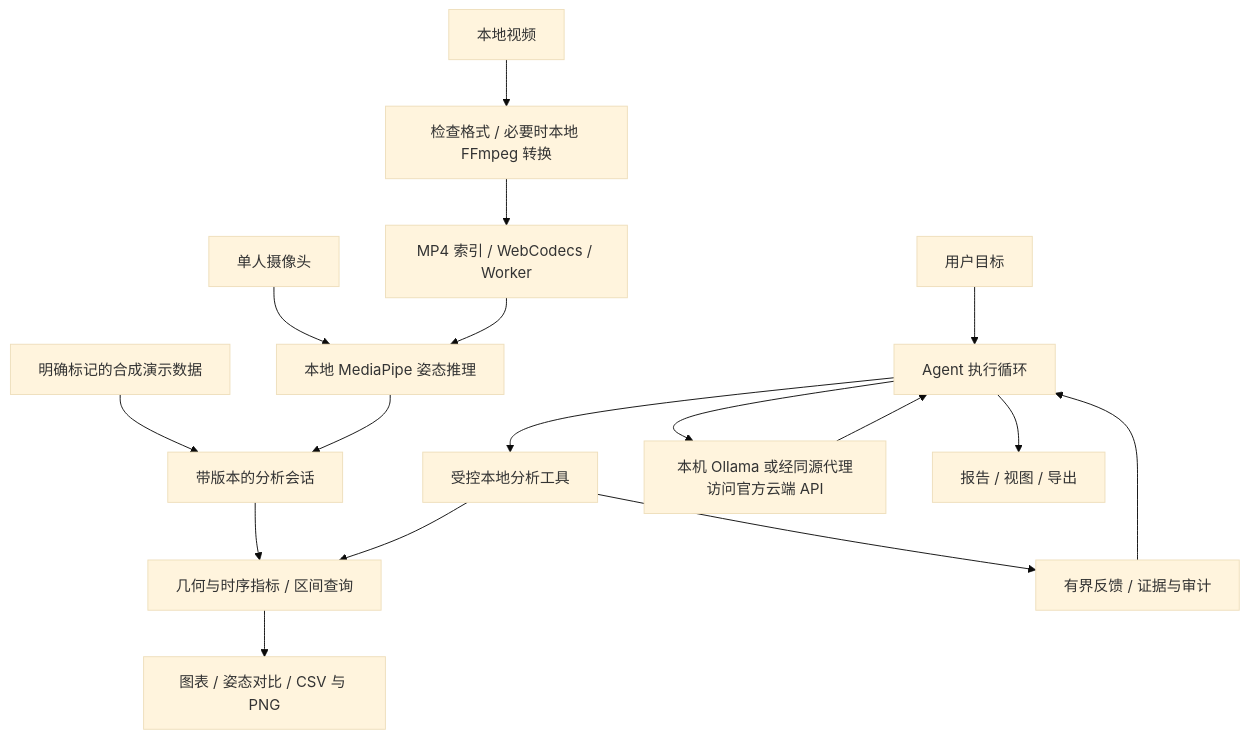
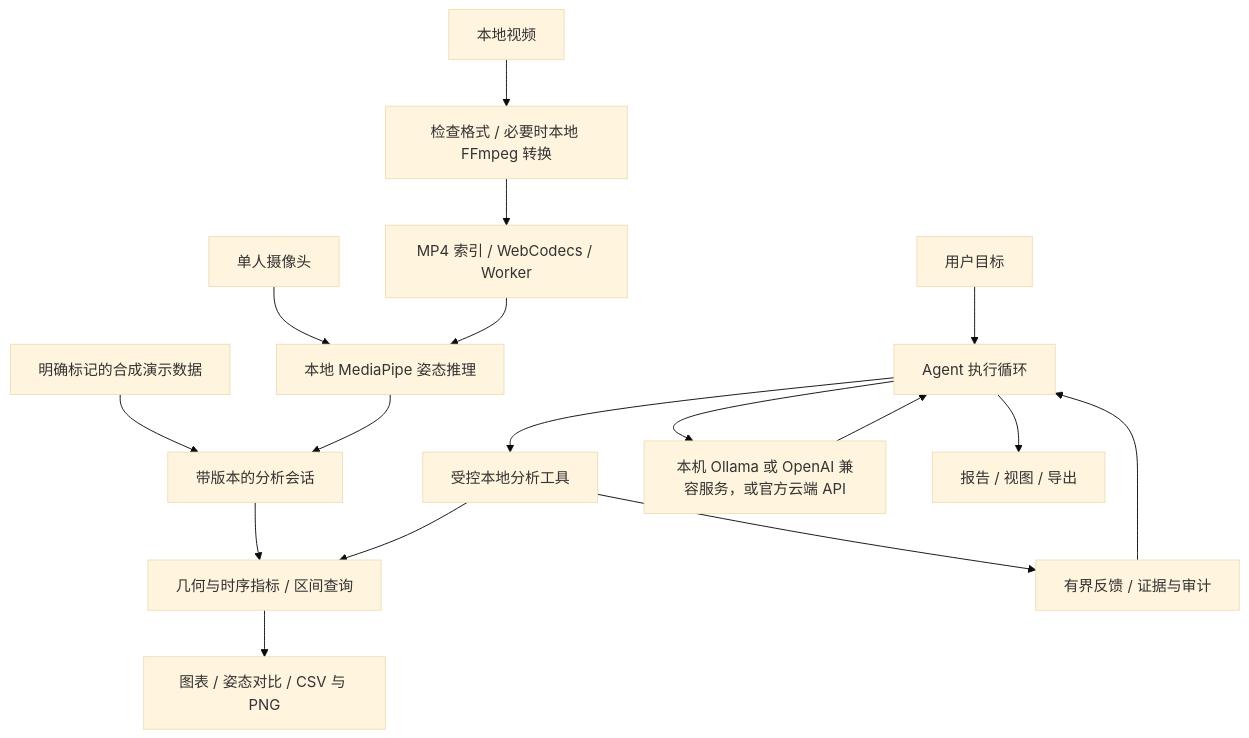
One commit to Gollet488/cnzjz changed the diagram in docs/architecture.md. Above: the diagram before and after it, drawn with Mermaid (base theme). The commit also changed other lines of this file and 69 other files, not shown here.

````diff
--- a/docs/architecture.md
+++ b/docs/architecture.md
@@ -22,19 +22,19 @@
 ```mermaid
 flowchart TD
   Camera[单人摄像头] --> Pose[本地 MediaPipe 姿态推理]
   Video[本地视频] --> Prepare[检查格式 / 必要时本地 FFmpeg 转换]
   Prepare --> Decode[MP4 索引 / WebCodecs / Worker]
   Decode --> Pose
   Demo[明确标记的合成演示数据] --> Session[带版本的分析会话]
   Pose --> Session
   Session --> Metrics[几何与时序指标 / 区间查询]
   Metrics --> Charts[图表 / 姿态对比 / CSV 与 PNG]
   User[用户目标] --> Agent[Agent 执行循环]
   Agent --> Tools[受控本地分析工具]
   Tools --> Metrics
   Tools --> Feedback[有界反馈 / 证据与审计]
   Feedback --> Agent
-  Agent --> Model[本机 Ollama 或经同源代理访问官方云端 API]
+  Agent --> Model[本机 Ollama 或 OpenAI 兼容服务，或官方云端 API]
   Model --> Agent
   Agent --> Deliver[报告 / 视图 / 导出]
 ```
````
